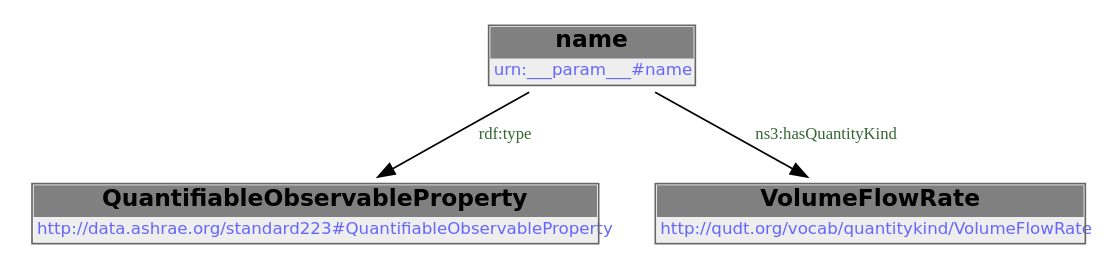
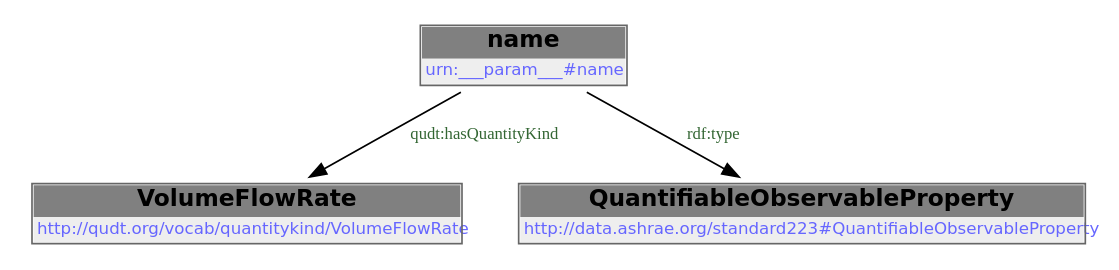
Before and after one commit to DataDrivenCPS/water-ontology: the diagram in docs/libraries/templates/flow-rate.rst, drawn with Graphviz. The commit also changed other lines of this file and 83 other files, not shown here.

```diff
--- a/docs/libraries/templates/flow-rate.rst
+++ b/docs/libraries/templates/flow-rate.rst
@@ -56,10 +49,13 @@
-        .. graphviz::
+.. graphviz::
 
-                digraph G {
-            node [fontname="DejaVu Sans"];
-            node0 -> node1 [color=BLACK, label=< <font point-size='10' color='#336633'>rdf:type</font> >];
-            node0 -> node2 [color=BLACK, label=< <font point-size='10' color='#336633'>ns3:hasQuantityKind</font> >];
-            node0 [shape=none, color=black, label=< <table color='#666666' cellborder='0' cellspacing='0' border='1'><tr><td colspan='2' bgcolor='grey'><B>name</B></td></tr><tr><td href='urn:___param___#name' bgcolor='#eeeeee' colspan='2'><font point-size='10' color='#6666ff'>urn:___param___#name</font></td></tr></table> >];
-            node1 [shape=none, color=black, label=< <table color='#666666' cellborder='0' cellspacing='0' border='1'><tr><td colspan='2' bgcolor='grey'><B>QuantifiableObservableProperty</B></td></tr><tr><td href='http://data.ashrae.org/standard223#QuantifiableObservableProperty' bgcolor='#eeeeee' colspan='2'><font point-size='10' color='#6666ff'>http://data.ashrae.org/standard223#QuantifiableObservableProperty</font></td></tr></table> >];
-            node2 [shape=none, color=black, label=< <table color='#666666' cellborder='0' cellspacing='0' border='1'><tr><td colspan='2' bgcolor='grey'><B>VolumeFlowRate</B></td></tr><tr><td href='http://qudt.org/vocab/quantitykind/VolumeFlowRate' bgcolor='#eeeeee' colspan='2'><font point-size='10' color='#6666ff'>http://qudt.org/vocab/quantitykind/VolumeFlowRate</font></td></tr></table> >];
-            }
+    digraph {
+     node [ fontname="DejaVu Sans" ] ;
+        node0 -> node1 [ color=BLACK, label=< <font point-size='10' color='#336633'>qudt:hasQuantityKind</font> > ] ;
+        node0 -> node2 [ color=BLACK, label=< <font point-size='10' color='#336633'>rdf:type</font> > ] ;
+    # urn:___param___#name node0
+    node0 [ shape=none, color=black label=< <table color='#666666' cellborder='0' cellspacing='0' border='1'><tr><td colspan='2' bgcolor='grey'><B>name</B></td></tr><tr><td href='urn:___param___#name' bgcolor='#eeeeee' colspan='2'><font point-size='10' color='#6666ff'>urn:___param___#name</font></td></tr></table> > ]
+    # http://qudt.org/vocab/quantitykind/VolumeFlowRate node1
+    node1 [ shape=none, color=black label=< <table color='#666666' cellborder='0' cellspacing='0' border='1'><tr><td colspan='2' bgcolor='grey'><B>VolumeFlowRate</B></td></tr><tr><td href='http://qudt.org/vocab/quantitykind/VolumeFlowRate' bgcolor='#eeeeee' colspan='2'><font point-size='10' color='#6666ff'>http://qudt.org/vocab/quantitykind/VolumeFlowRate</font></td></tr></table> > ]
+    # http://data.ashrae.org/standard223#QuantifiableObservableProperty node2
+    node2 [ shape=none, color=black label=< <table color='#666666' cellborder='0' cellspacing='0' border='1'><tr><td colspan='2' bgcolor='grey'><B>QuantifiableObservableProperty</B></td></tr><tr><td href='http://data.ashrae.org/standard223#QuantifiableObservableProperty' bgcolor='#eeeeee' colspan='2'><font point-size='10' color='#6666ff'>http://data.ashrae.org/standard223#QuantifiableObservableProperty</font></td></tr></table> > ]
+    }
```
